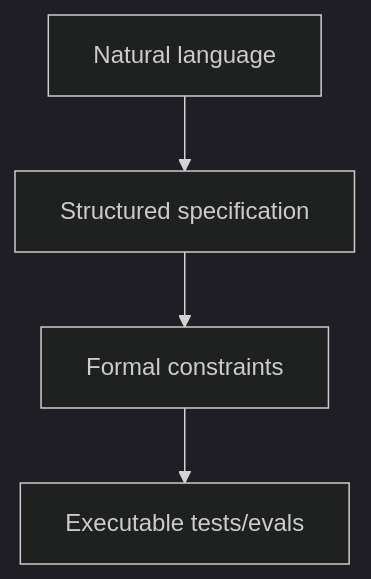
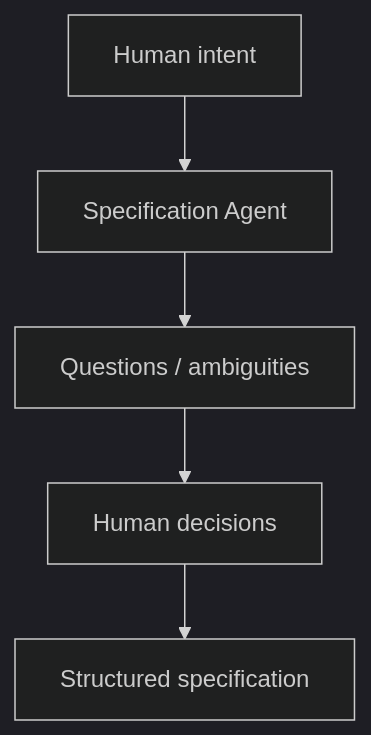
The fourth of 8 diagrams in supplemental_docs/specification_engineering.md (rioffe/ai_systems_engineering_bootcamp), drawn with Mermaid (dark theme) before and after one commit. The commit also changed other lines of this file and 5 other files, not shown here.

````diff
--- a/supplemental_docs/specification_engineering.md
+++ b/supplemental_docs/specification_engineering.md
@@ -331,6 +349,7 @@
 ```mermaid
 flowchart TD
-    A[Natural language] --> B[Structured specification]
-    B --> C[Formal constraints]
-    C --> D[Executable tests/evals]
+    A[Human intent] --> B[Specification Agent]
+    B --> C[Questions / ambiguities]
+    C --> D[Human decisions]
+    D --> E[Structured specification]
 ```
````
